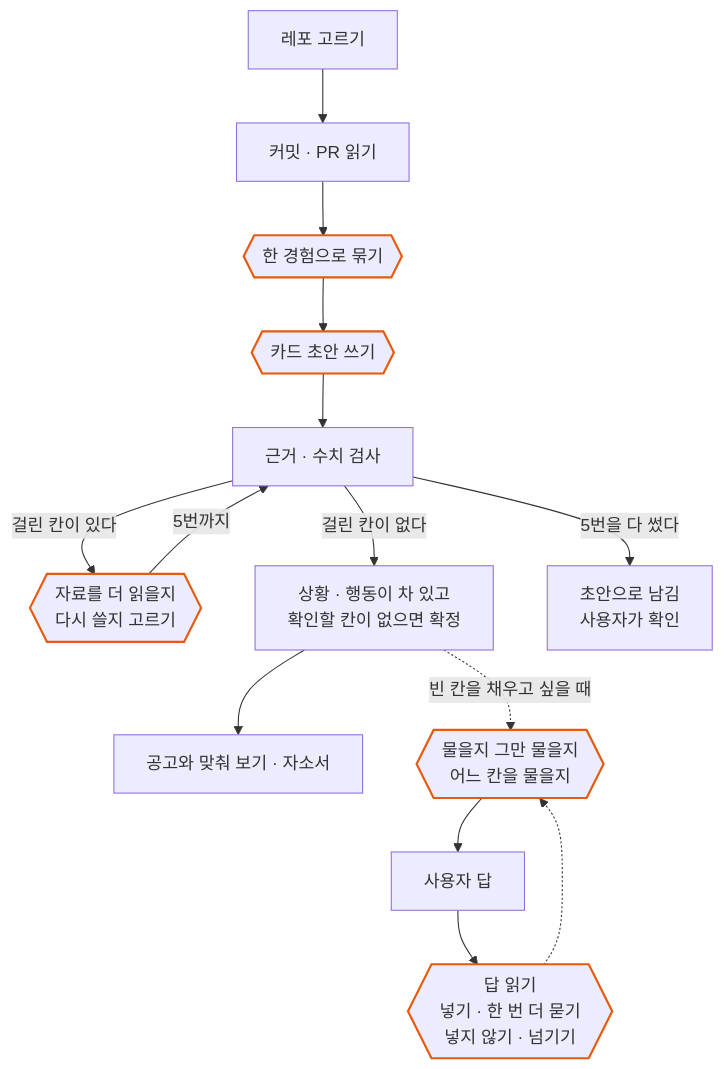
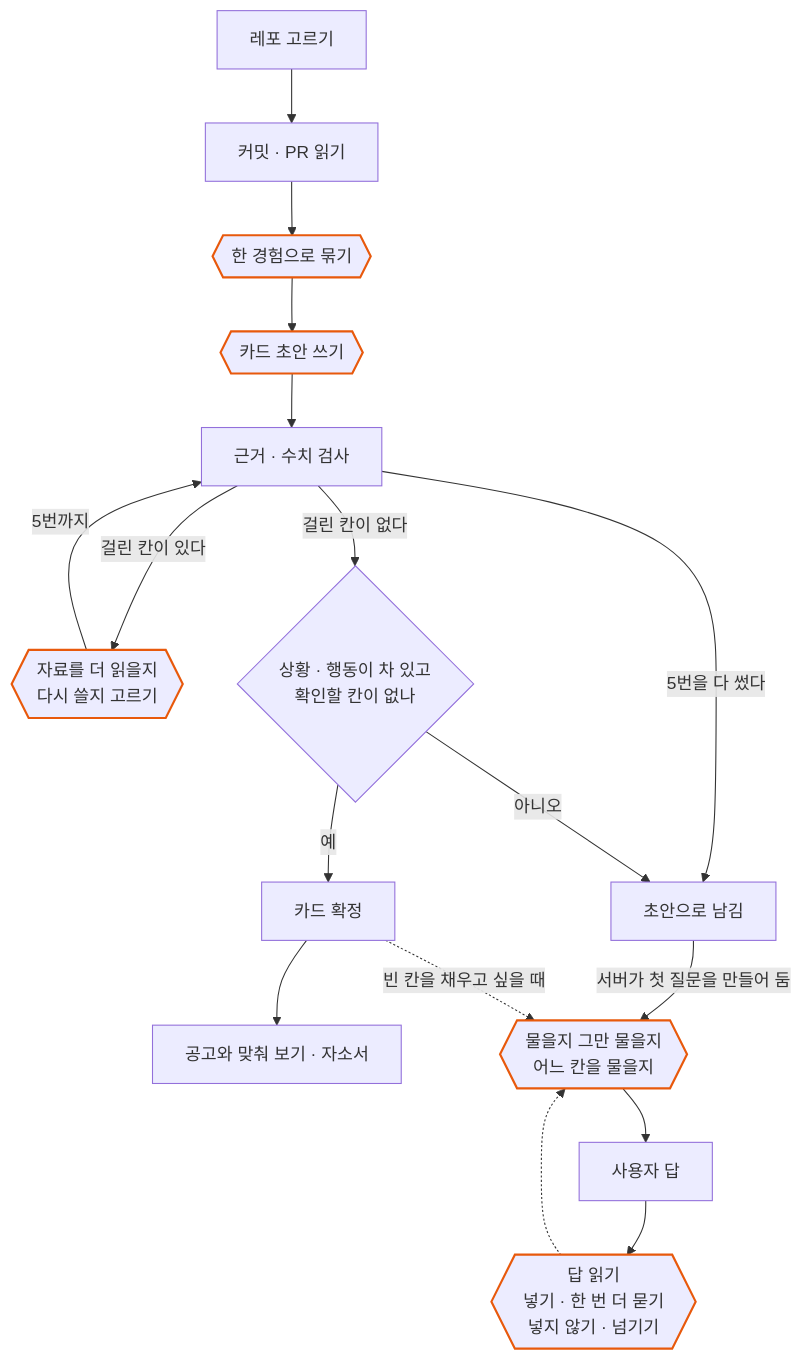
Before and after one commit to kakaotechcampus-4/ktc4-kyungpook-1: the diagram in docs/AGENT_DESIGN.md, drawn with Mermaid. The commit also changed other lines of this file and 1 other file, not shown here.

Commit message:
docs: 서버가 첫 질문을 만들어 두는 흐름을 설계·가드레일 문서에 반영

````diff
--- a/docs/AGENT_DESIGN.md
+++ b/docs/AGENT_DESIGN.md
@@ -12,18 +12,21 @@
 ```mermaid
 flowchart TD
     A["레포 고르기"] --> B["커밋 · PR 읽기"]
     B --> C{{"한 경험으로 묶기"}}
     C --> D{{"카드 초안 쓰기"}}
     D --> E["근거 · 수치 검사"]
     E -->|"걸린 칸이 있다"| F{{"자료를 더 읽을지<br/>다시 쓸지 고르기"}}
     F -->|"5번까지"| E
-    E -->|"걸린 칸이 없다"| G["상황 · 행동이 차 있고<br/>확인할 칸이 없으면 확정"]
-    E -->|"5번을 다 썼다"| G2["초안으로 남김<br/>사용자가 확인"]
-    G --> H["공고와 맞춰 보기 · 자소서"]
-    G -.->|"빈 칸을 채우고 싶을 때"| I{{"물을지 그만 물을지<br/>어느 칸을 물을지"}}
+    E -->|"걸린 칸이 없다"| G{"상황 · 행동이 차 있고<br/>확인할 칸이 없나"}
+    E -->|"5번을 다 썼다"| G2["초안으로 남김"]
+    G -->|"예"| G1["카드 확정"]
+    G -->|"아니오"| G2
+    G1 --> H["공고와 맞춰 보기 · 자소서"]
+    G2 -->|"서버가 첫 질문을 만들어 둠"| I{{"물을지 그만 물을지<br/>어느 칸을 물을지"}}
+    G1 -.->|"빈 칸을 채우고 싶을 때"| I
     I --> J["사용자 답"]
     J --> K{{"답 읽기<br/>넣기 · 한 번 더 묻기<br/>넣지 않기 · 넘기기"}}
     K -.-> I
     classDef ai stroke:#e8590c,stroke-width:2px
     class C,D,F,I,K ai
 ```
````
